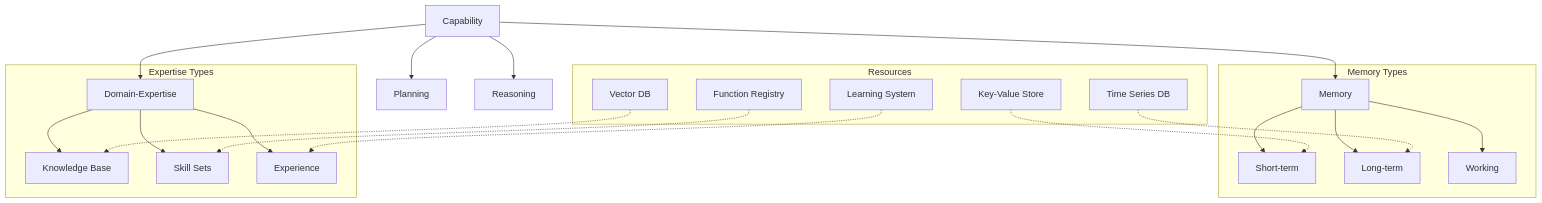
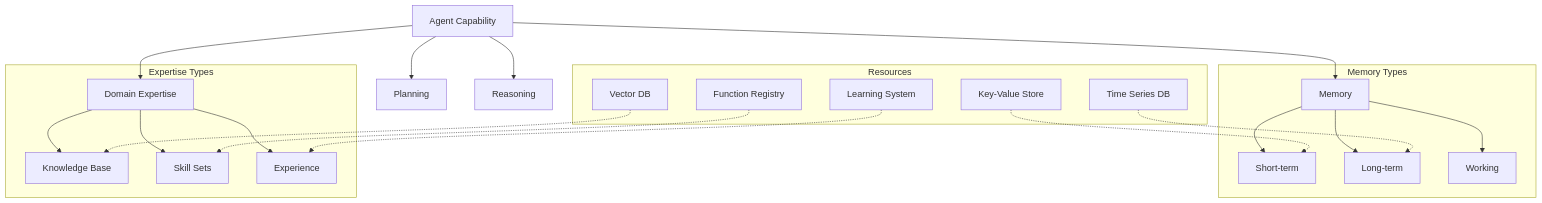
One commit to aitomatic/dana changed the diagram in opendxa/agent/capability/README.md. Above: the diagram before and after it, drawn with Mermaid. The commit also changed other lines of this file and 88 other files, not shown here.

````diff
--- a/opendxa/agent/capability/README.md
+++ b/opendxa/agent/capability/README.md
@@ -33,27 +21,27 @@
 ```mermaid
 graph TB
-    A[Capability] --> B[Memory]
-    A --> C[Domain-Expertise]
+    A[Agent Capability] --> B[Memory]
+    A --> C[Domain Expertise]
     A --> D[Planning]
     A --> E[Reasoning]
     
     subgraph "Memory Types"
         B --> F[Short-term]
         B --> G[Long-term]
         B --> H[Working]
     end
     
     subgraph "Expertise Types"
         C --> I[Knowledge Base]
         C --> J[Skill Sets]
         C --> K[Experience]
     end
     
     subgraph "Resources"
         L[Vector DB] -.-> I
         M[Key-Value Store] -.-> F
         N[Time Series DB] -.-> G
         O[Function Registry] -.-> J
         P[Learning System] -.-> K
     end
 ```
````
